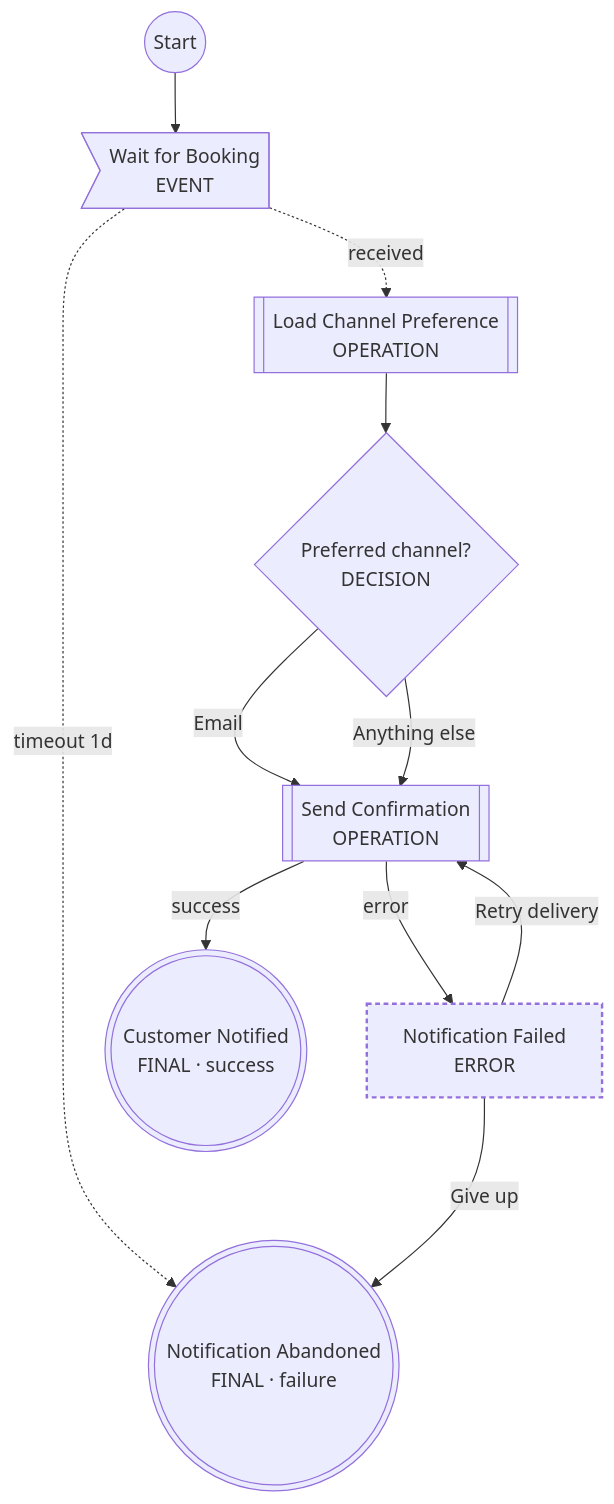
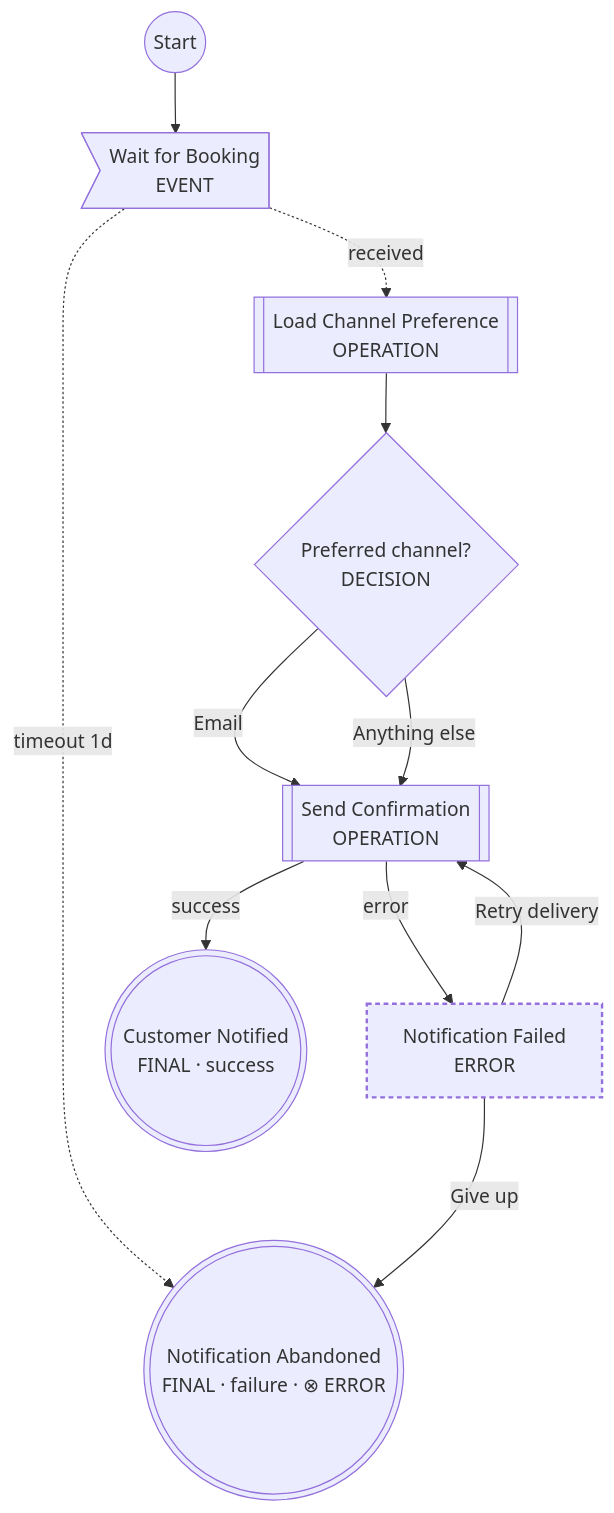
Before and after one commit to shynfard/LogicSpec: the diagram in examples/booking/.logicspec/notify-booking.md, drawn with Mermaid. The commit also changed 75 other files, not shown here.

````diff
--- a/examples/booking/.logicspec/notify-booking.md
+++ b/examples/booking/.logicspec/notify-booking.md
@@ -10,24 +10,24 @@
 ```mermaid
 flowchart TD
   START(("Start"))
   wait_booking>"Wait for Booking<br/>EVENT"]
   load_preference[["Load Channel Preference<br/>OPERATION"]]
   pick_channel{"Preferred channel?<br/>DECISION"}
   send_confirmation[["Send Confirmation<br/>OPERATION"]]
   notify_error["Notification Failed<br/>ERROR"]:::error
   notified((("Customer Notified<br/>FINAL · success")))
-  gave_up((("Notification Abandoned<br/>FINAL · failure")))
+  gave_up((("Notification Abandoned<br/>FINAL · failure · ⊗ ERROR")))
 
   START --> wait_booking
   wait_booking -. "received" .-> load_preference
   wait_booking -. "timeout 1d" .-> gave_up
   load_preference --> pick_channel
   pick_channel -- "Email" --> send_confirmation
   pick_channel -- "Anything else" --> send_confirmation
   send_confirmation -- "success" --> notified
   send_confirmation -- "error" --> notify_error
   notify_error -- "Retry delivery" --> send_confirmation
   notify_error -- "Give up" --> gave_up
 
   classDef error stroke-width:2px,stroke-dasharray:4 3;
 ```
````
